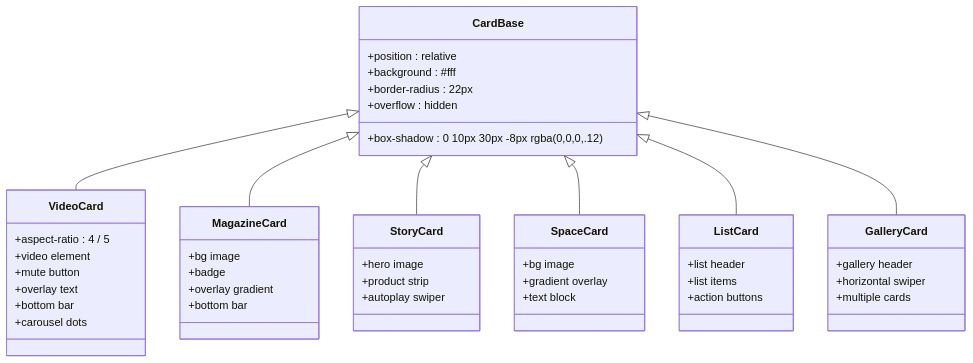
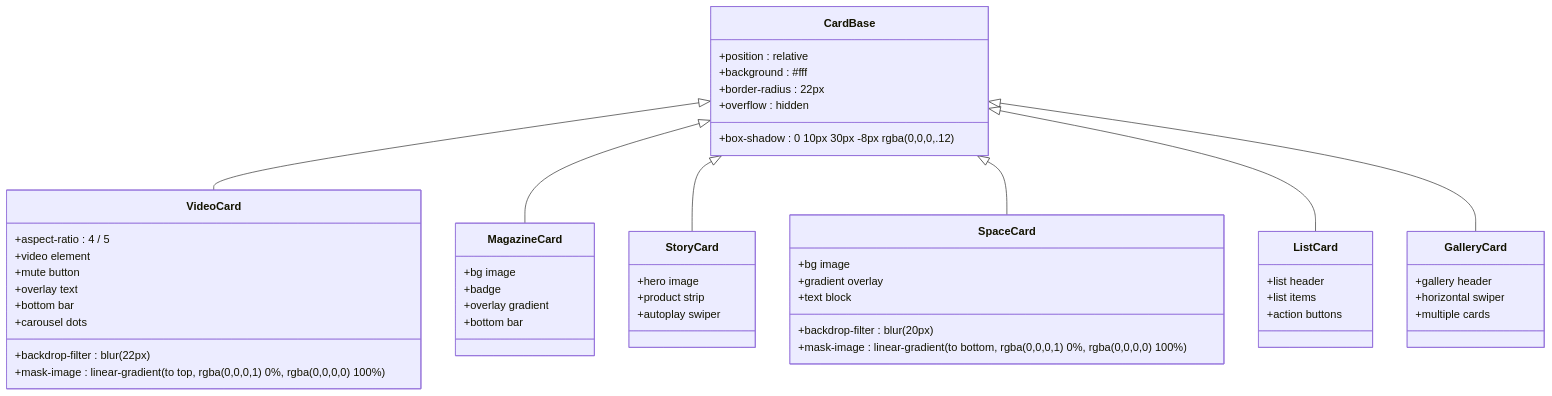
The fourth of 7 diagrams in .qoder/repowiki/zh/content/样式和动画系统.md (billye220670/newSquare), drawn with Mermaid before and after one commit. The commit also changed other lines of this file and 7 other files, not shown here.

````diff
--- a/.qoder/repowiki/zh/content/样式和动画系统.md
+++ b/.qoder/repowiki/zh/content/样式和动画系统.md
@@ -217,50 +227,54 @@
 ```mermaid
 classDiagram
 class CardBase {
 +position : relative
 +background : #fff
 +border-radius : 22px
 +overflow : hidden
 +box-shadow : 0 10px 30px -8px rgba(0,0,0,.12)
 }
 class VideoCard {
 +aspect-ratio : 4 / 5
 +video element
 +mute button
 +overlay text
 +bottom bar
 +carousel dots
++backdrop-filter : blur(22px)
++mask-image : linear-gradient(to top, rgba(0,0,0,1) 0%, rgba(0,0,0,0) 100%)
 }
 class MagazineCard {
 +bg image
 +badge
 +overlay gradient
 +bottom bar
 }
 class StoryCard {
 +hero image
 +product strip
 +autoplay swiper
 }
 class SpaceCard {
 +bg image
 +gradient overlay
 +text block
++backdrop-filter : blur(20px)
++mask-image : linear-gradient(to bottom, rgba(0,0,0,1) 0%, rgba(0,0,0,0) 100%)
 }
 class ListCard {
 +list header
 +list items
 +action buttons
 }
 class GalleryCard {
 +gallery header
 +horizontal swiper
 +multiple cards
 }
 CardBase <|-- VideoCard
 CardBase <|-- MagazineCard
 CardBase <|-- StoryCard
 CardBase <|-- SpaceCard
 CardBase <|-- ListCard
 CardBase <|-- GalleryCard
 ```
````
